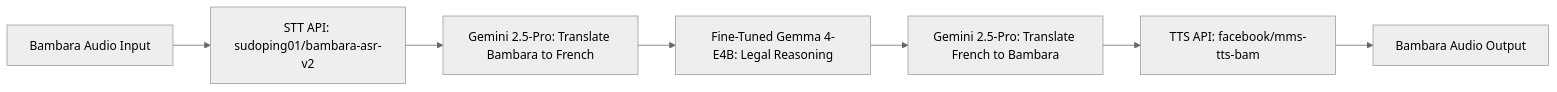
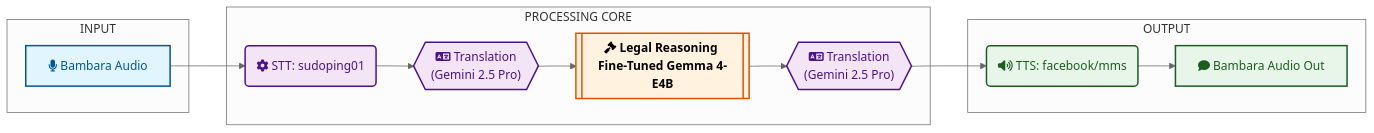
The diagram in README.md (julienawonga/alia-legal-ai), drawn with Mermaid (neutral theme) before and after one commit.

Commit message:
docs: enhance Mermaid architecture diagram with styling and icons in README

````diff
--- a/README.md
+++ b/README.md
@@ -73,9 +73,38 @@
 ```mermaid
 graph LR
-    A[Bambara Audio Input] --> B[STT API: sudoping01/bambara-asr-v2]
-    B --> C["Gemini 2.5-Pro: Translate Bambara to French"]
-    C --> F["Fine-Tuned Gemma 4-E4B: Legal Reasoning"]
-    F --> G["Gemini 2.5-Pro: Translate French to Bambara"]
-    G --> H[TTS API: facebook/mms-tts-bam]
-    H --> I[Bambara Audio Output];
+    %% Définition des styles (Couleurs pastels et pro)
+    classDef input fill:#e1f5fe,stroke:#01579b,stroke-width:2px,color:#01579b;
+    classDef ai fill:#f3e5f5,stroke:#4a148c,stroke-width:2px,color:#4a148c;
+    classDef output fill:#e8f5e9,stroke:#1b5e20,stroke-width:2px,color:#1b5e20;
+    classDef logic fill:#fff3e0,stroke:#e65100,stroke-width:2px,font-weight:bold;
+
+    subgraph "INPUT"
+        A[fa:fa-microphone Bambara Audio]
+    end
+
+    subgraph "PROCESSING CORE"
+        B(fa:fa-gear STT: sudoping01)
+        C{{"fa:fa-language Translation <br/>(Gemini 2.5 Pro)"}}
+        F[[fa:fa-gavel Legal Reasoning <br/>Fine-Tuned Gemma 4-E4B]]
+        G{{"fa:fa-language Translation <br/>(Gemini 2.5 Pro)"}}
+    end
+
+    subgraph "OUTPUT"
+        H(fa:fa-volume-up TTS: facebook/mms)
+        I[fa:fa-comment Bambara Audio Out]
+    end
+
+    %% Connexions
+    A --> B
+    B --> C
+    C --> F
+    F --> G
+    G --> H
+    H --> I
+
+    %% Application des styles
+    class A input;
+    class B,C,G ai;
+    class F logic;
+    class H,I output;
 ```
````
